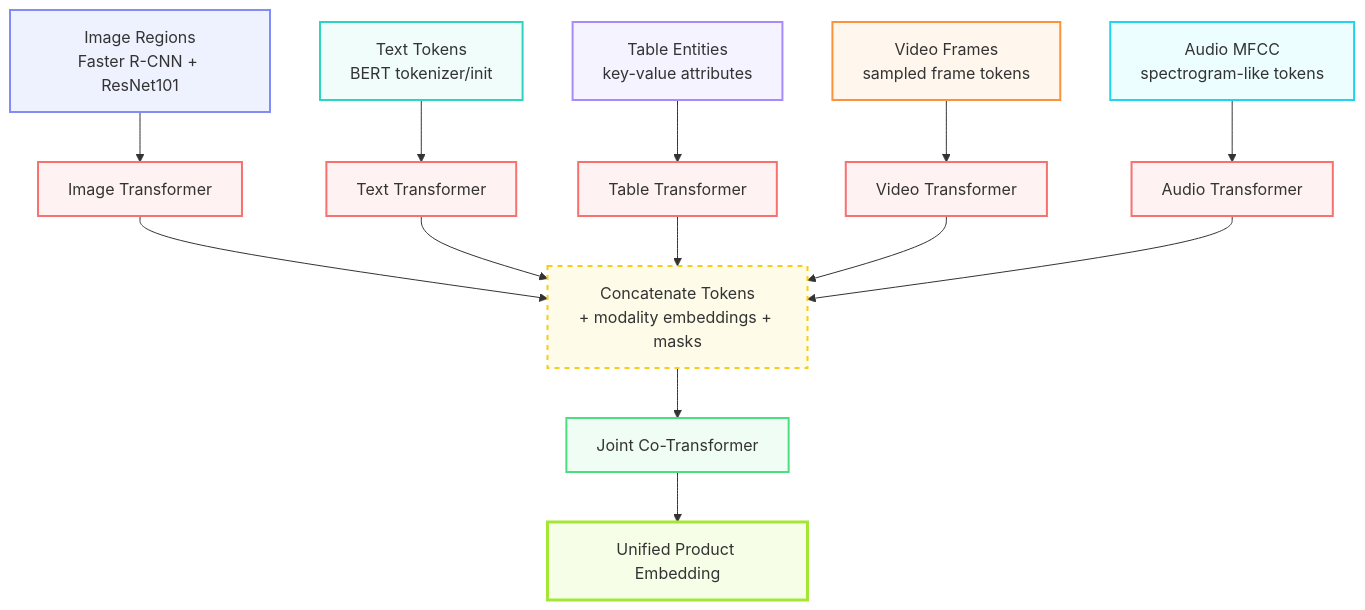
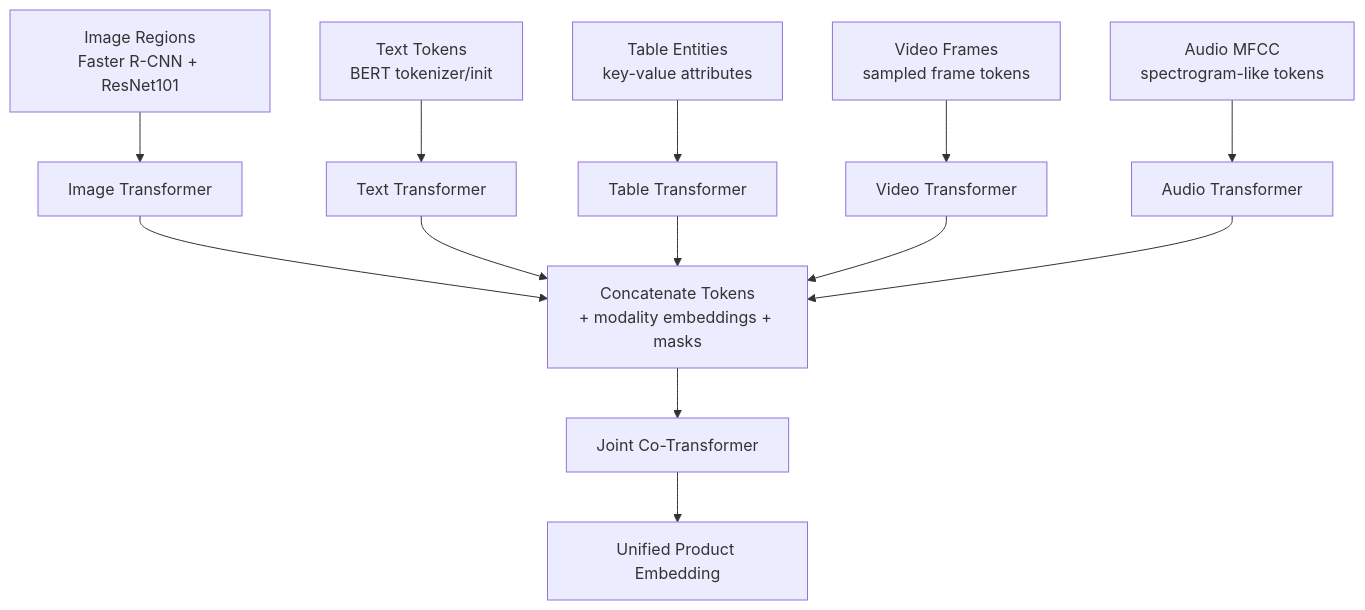
The fifth of 11 diagrams in docs/proposal/proposal.md (Computer-Vision-HCMUS/Product-Ecommerce-Image-Retrieval), drawn with Mermaid before and after one commit. The commit also changed other lines of this file and 1 other file, not shown here.

````diff
--- a/docs/proposal/proposal.md
+++ b/docs/proposal/proposal.md
@@ -405,25 +405,15 @@
 ```mermaid
 flowchart TD
-    I["Image Regions<br/>Faster R-CNN + ResNet101"]:::imageStyle --> IE["Image Transformer"]:::transformerStyle
-    T["Text Tokens<br/>BERT tokenizer/init"]:::textStyle --> TE["Text Transformer"]:::transformerStyle
-    TB["Table Entities<br/>key-value attributes"]:::tableStyle --> TBE["Table Transformer"]:::transformerStyle
-    V["Video Frames<br/>sampled frame tokens"]:::videoStyle --> VE["Video Transformer"]:::transformerStyle
-    A["Audio MFCC<br/>spectrogram-like tokens"]:::audioStyle --> AE["Audio Transformer"]:::transformerStyle
-    IE --> CAT["Concatenate Tokens<br/>+ modality embeddings + masks"]:::concatStyle
+    I["Image Regions<br/>Faster R-CNN + ResNet101"] --> IE["Image Transformer"]
+    T["Text Tokens<br/>BERT tokenizer/init"] --> TE["Text Transformer"]
+    TB["Table Entities<br/>key-value attributes"] --> TBE["Table Transformer"]
+    V["Video Frames<br/>sampled frame tokens"] --> VE["Video Transformer"]
+    A["Audio MFCC<br/>spectrogram-like tokens"] --> AE["Audio Transformer"]
+    IE --> CAT["Concatenate Tokens<br/>+ modality embeddings + masks"]
     TE --> CAT
     TBE --> CAT
     VE --> CAT
     AE --> CAT
-    CAT --> JCT["Joint Co-Transformer"]:::jointStyle
-    JCT --> Z["Unified Product Embedding"]:::outputStyle
-    
-    classDef imageStyle stroke:#818cf8,fill:#eef2ff,stroke-width:2px
-    classDef textStyle stroke:#2dd4bf,fill:#f0fdfa,stroke-width:2px
-    classDef tableStyle stroke:#a78bfa,fill:#f5f3ff,stroke-width:2px
-    classDef videoStyle stroke:#fb923c,fill:#fff7ed,stroke-width:2px
-    classDef audioStyle stroke:#22d3ee,fill:#ecfeff,stroke-width:2px
-    classDef transformerStyle stroke:#f87171,fill:#fef2f2,stroke-width:2px
-    classDef concatStyle stroke:#facc15,fill:#fefce8,stroke-width:2px,stroke-dasharray:5
-    classDef jointStyle stroke:#4ade80,fill:#f0fdf4,stroke-width:2px
-    classDef outputStyle stroke:#a3e635,fill:#f7fee7,stroke-width:3px
+    CAT --> JCT["Joint Co-Transformer"]
+    JCT --> Z["Unified Product Embedding"]
 ```
````
